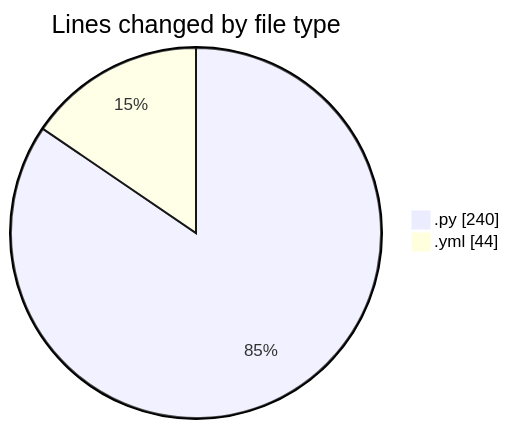
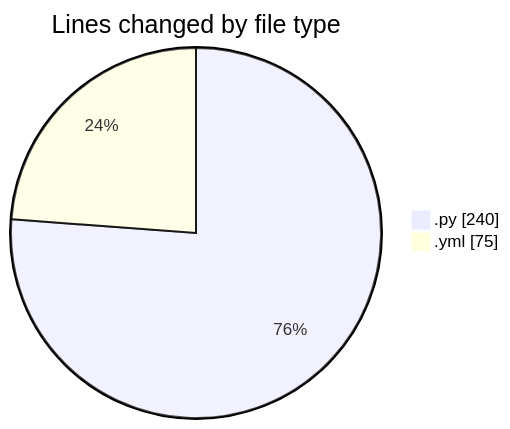
Before and after one commit to lephambinh05/code-tracking: the first of 2 diagrams in 2025-08-07/studybuddy/README.md, drawn with Mermaid. The commit also changed other lines of this file and 1 other file, not shown here.

````diff
--- a/2025-08-07/studybuddy/README.md
+++ b/2025-08-07/studybuddy/README.md
@@ -21,6 +22,6 @@
 ```mermaid
 pie showData
 title Lines changed by file type
 ".py" : 240
-".yml" : 44
+".yml" : 75
 ```
````
